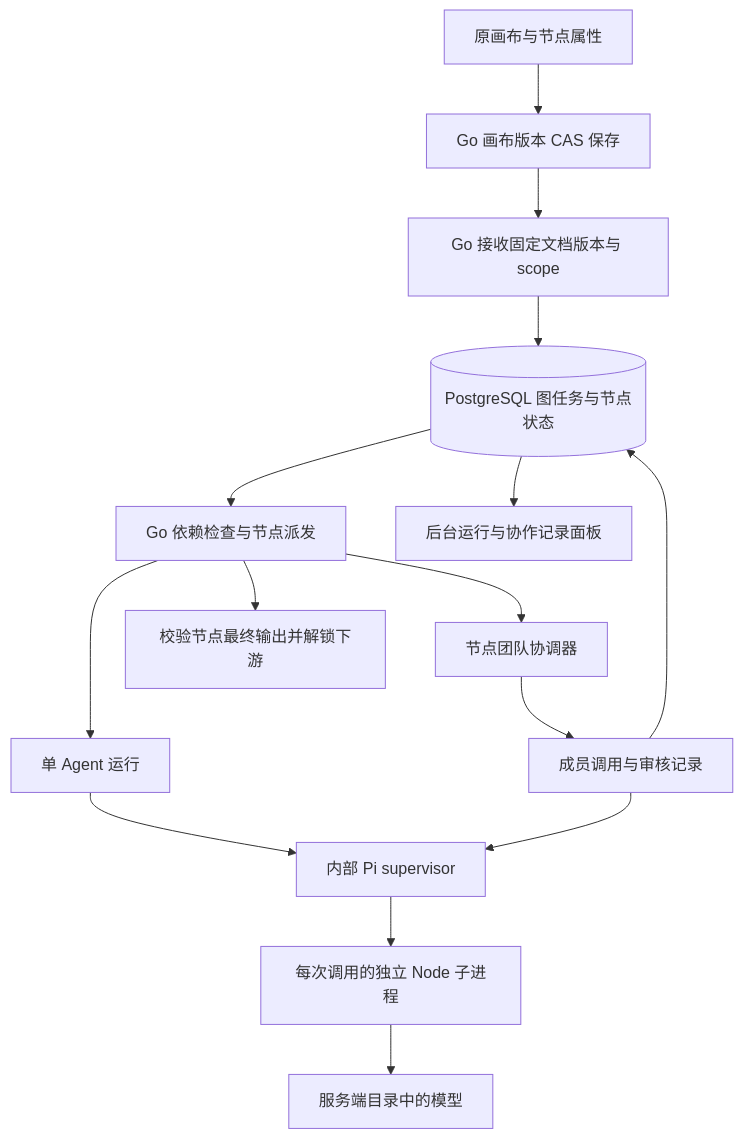
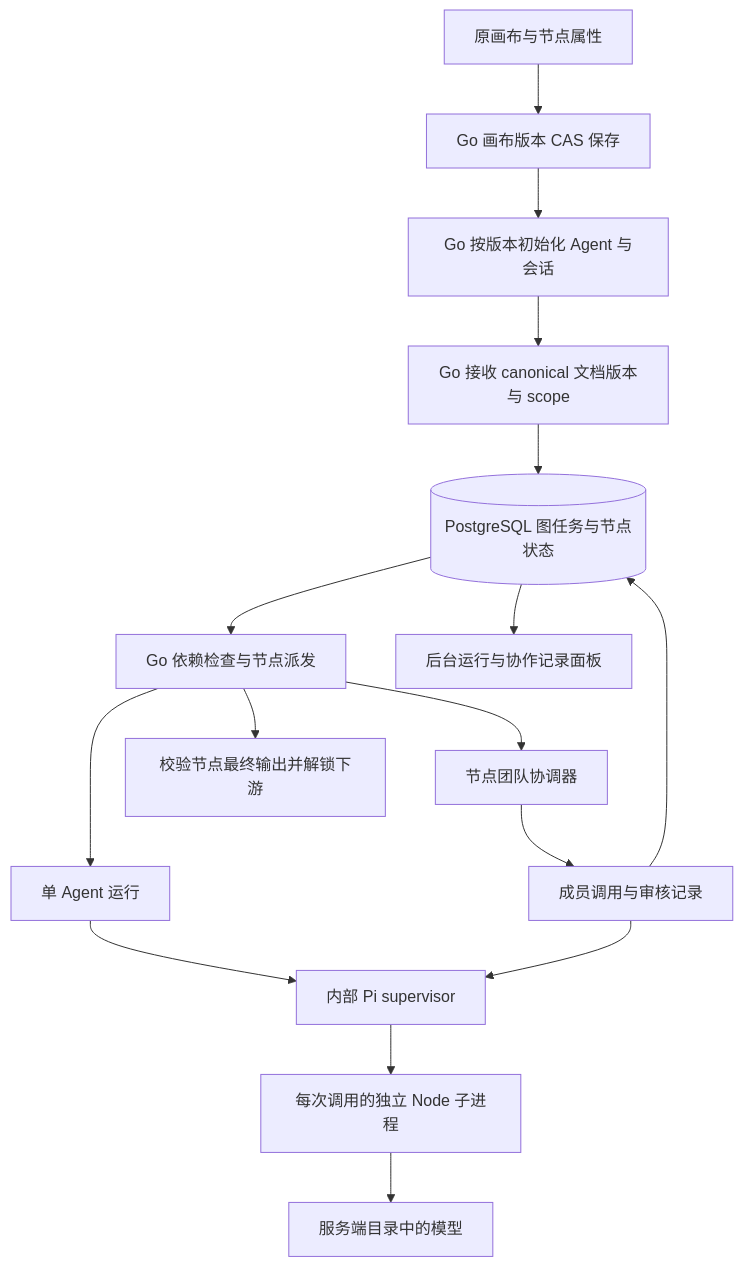
One commit to Clawhunt-Site/AwwO changed the diagram in docs/awwo-node-teams.md. Above: the diagram before and after it, drawn with Mermaid. The commit also changed other lines of this file and 28 other files, not shown here.

````diff
--- a/docs/awwo-node-teams.md
+++ b/docs/awwo-node-teams.md
@@ -11,17 +11,18 @@
 ```mermaid
 flowchart TD
   UI[原画布与节点属性] --> Save[Go 画布版本 CAS 保存]
-  Save --> Graph[Go 接收固定文档版本与 scope]
+  Save --> Setup[Go 按版本初始化 Agent 与会话]
+  Setup --> Graph[Go 接收 canonical 文档版本与 scope]
   Graph --> DB[(PostgreSQL 图任务与节点状态)]
   DB --> DAG[Go 依赖检查与节点派发]
   DAG --> Single[单 Agent 运行]
   DAG --> Team[节点团队协调器]
   Team --> Turn[成员调用与审核记录]
   Single --> Pi[内部 Pi supervisor]
   Turn --> Pi
   Pi --> Child[每次调用的独立 Node 子进程]
   Child --> Model[服务端目录中的模型]
   Turn --> DB
   DAG --> Result[校验节点最终输出并解锁下游]
   DB --> View[后台运行与协作记录面板]
 ```
````
